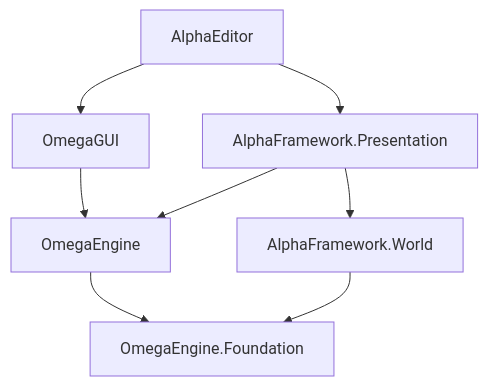
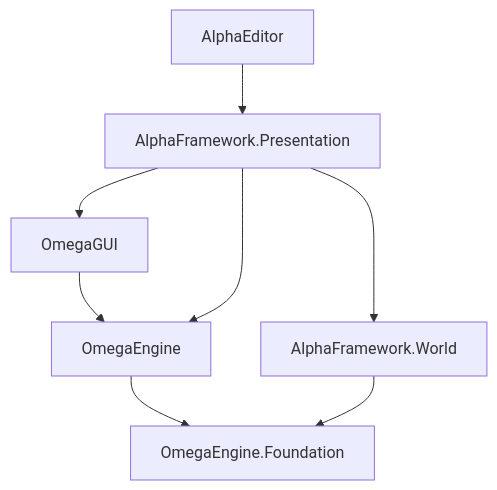
One commit to omegaengine/omegaengine changed the diagram in doc/index.md. Above: the diagram before and after it, drawn with Mermaid.

Commit message:
Updated package dependency graph in docs

````diff
--- a/doc/index.md
+++ b/doc/index.md
@@ -60,10 +60,10 @@
 ```mermaid
 flowchart TD
     engine[OmegaEngine] --> foundation[OmegaEngine.Foundation]
     gui[OmegaGUI] --> engine
     world[AlphaFramework.World] --> foundation
     presentation[AlphaFramework.Presentation] --> world
     presentation --> engine
+    presentation --> gui
     editor[AlphaEditor] --> presentation
-    editor --> gui
 ```
````
